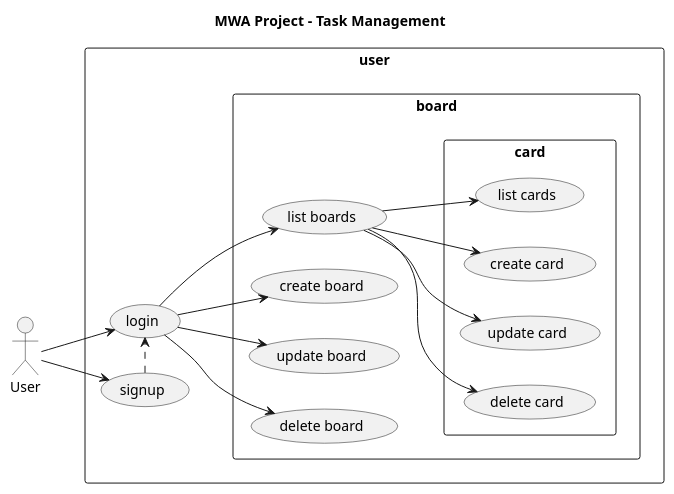
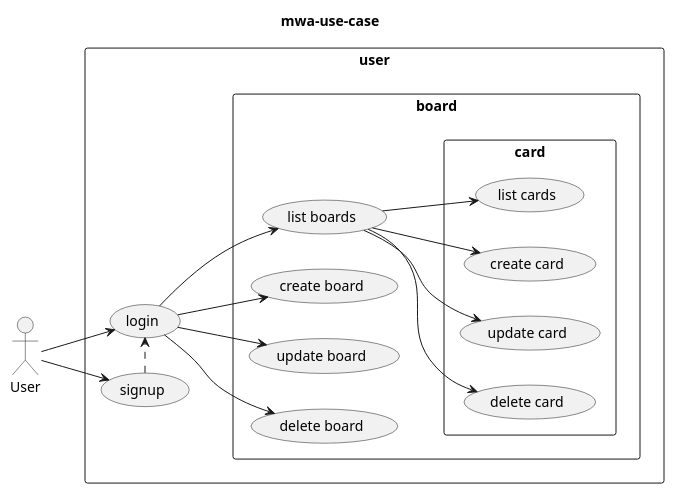
One commit to mrphu17-us/probable-winner changed the diagram in uml/test.wsd. Above: the diagram before and after it, drawn with PlantUML.

Commit message:
uml title change

```diff
--- a/uml/test.wsd
+++ b/uml/test.wsd
@@ -1,30 +1,30 @@
 @startuml
-title MWA Project - Task Management
+title mwa-use-case
 left to right direction
 
 actor User
 
 rectangle user {
   User --> (login)
 
   rectangle board{
     (login) --> (list boards)
     (login) --> (create board)
     (login) --> (update board)
     (login) --> (delete board)
 
     rectangle card{
       (list boards) --> (list cards)
       (list boards) --> (create card)
       (list boards) --> (update card)
       (list boards) --> (delete card)
     }
   }
 
 
   
   User --> (signup)
   (signup).>(login)
 }
 
 @enduml
```
